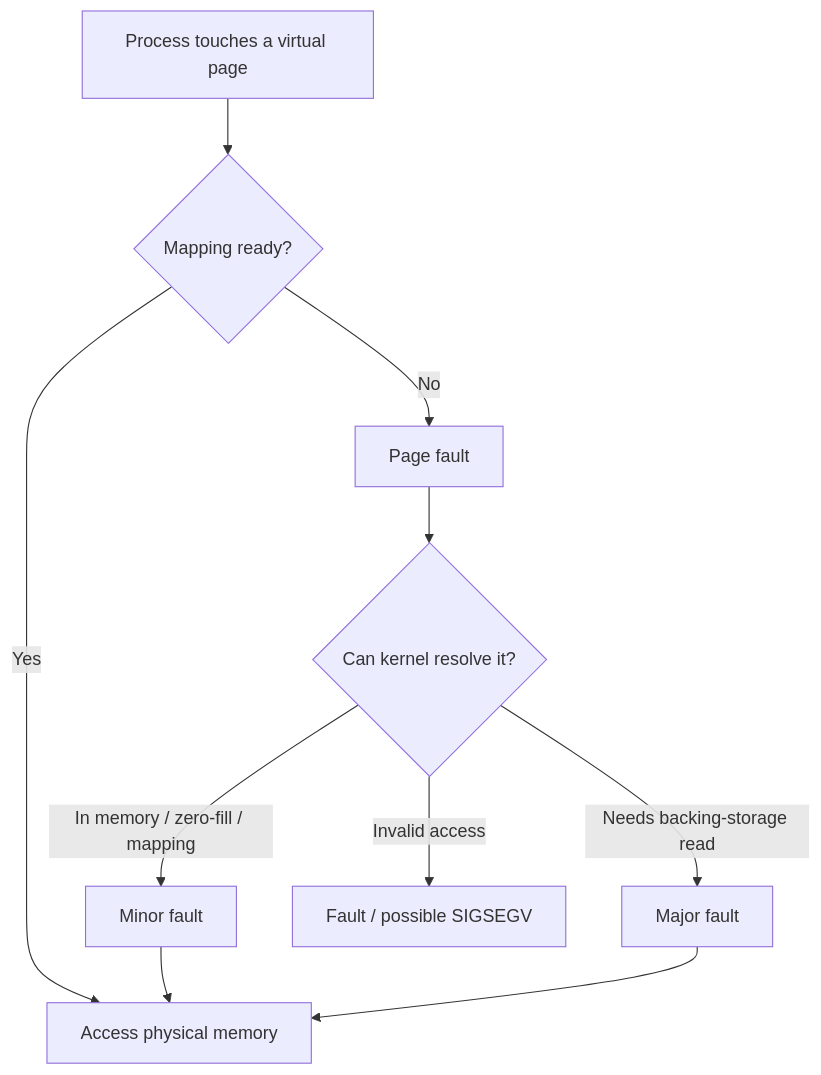
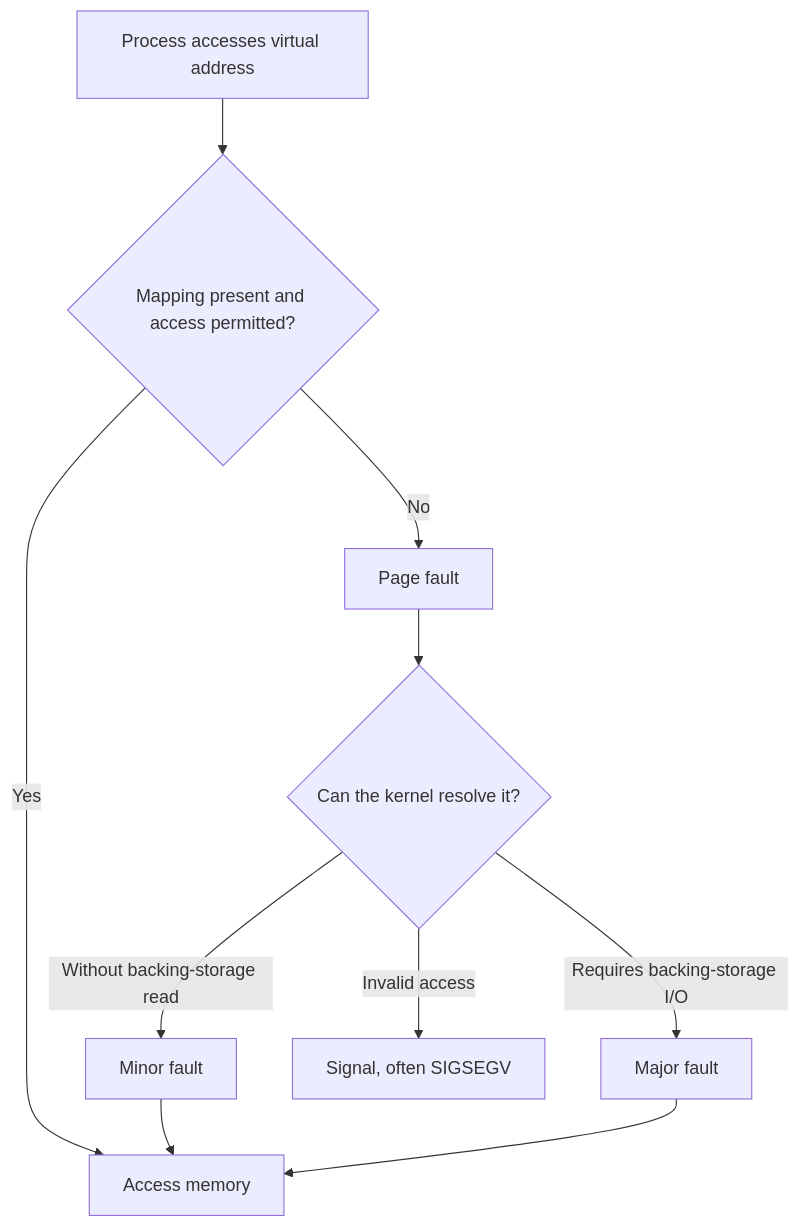
The second of 9 diagrams in src/content/blog/2026-09-04-systems-troubleshooting-useful-stuff.md (tiendu/tiendu.github.io), drawn with Mermaid before and after one commit. The commit also changed other lines of this file, not shown here.

````diff
--- a/src/content/blog/2026-09-04-systems-troubleshooting-useful-stuff.md
+++ b/src/content/blog/2026-09-04-systems-troubleshooting-useful-stuff.md
@@ -192,14 +264,14 @@
 ```mermaid
 flowchart TD
-    accTitle: Virtual pages and physical memory
-    accDescr: A virtual page may already be resident, be allocated on first use, or require a read from backing storage.
-    A["Process touches a virtual page"] --> B{"Mapping ready?"}
-    B -->|Yes| C["Access physical memory"]
+    accTitle: Virtual pages and page faults
+    accDescr: A page access can proceed immediately, require a minor or major fault, or fail if the access is invalid.
+    A["Process accesses virtual address"] --> B{"Mapping present and access permitted?"}
+    B -->|Yes| C["Access memory"]
     B -->|No| D["Page fault"]
-    D --> E{"Can kernel resolve it?"}
-    E -->|"In memory / zero-fill / mapping"| F["Minor fault"]
-    E -->|"Needs backing-storage read"| G["Major fault"]
-    E -->|Invalid access| H["Fault / possible SIGSEGV"]
+    D --> E{"Can the kernel resolve it?"}
+    E -->|"Without backing-storage read"| F["Minor fault"]
+    E -->|"Requires backing-storage I/O"| G["Major fault"]
+    E -->|"Invalid access"| H["Signal, often SIGSEGV"]
     F --> C
     G --> C
 ```
````
